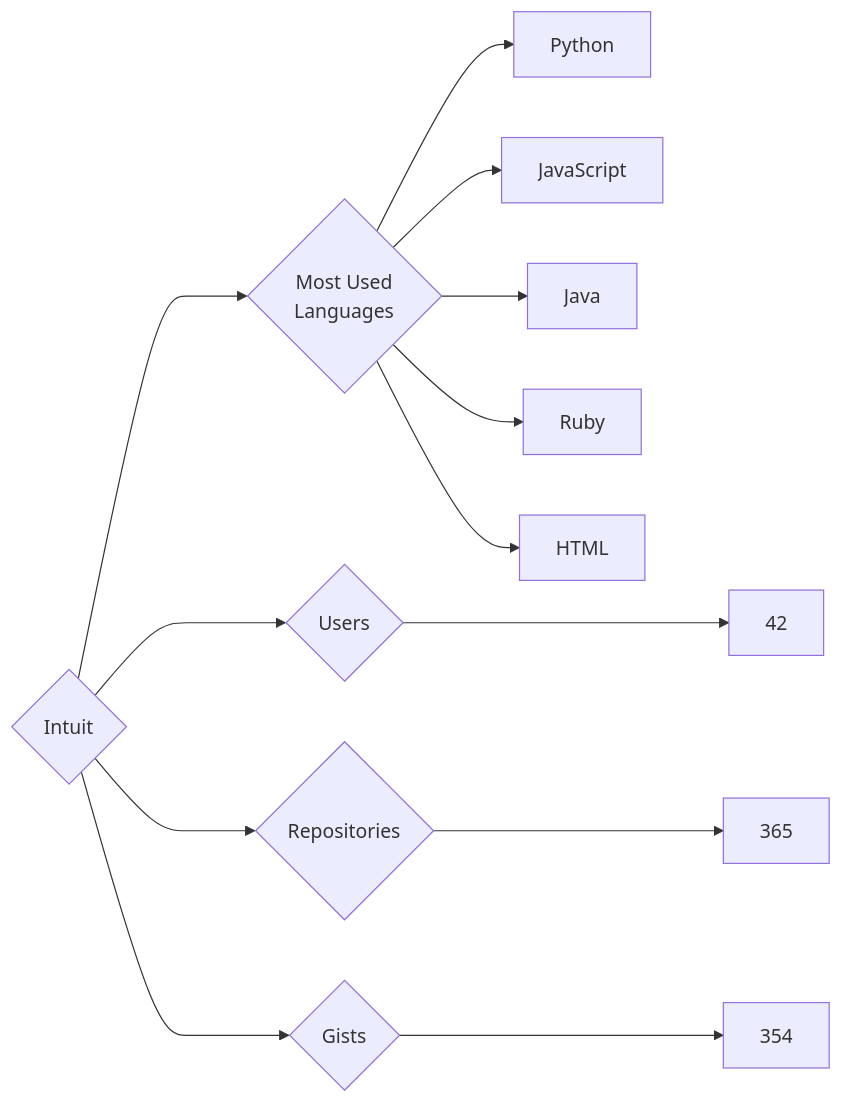
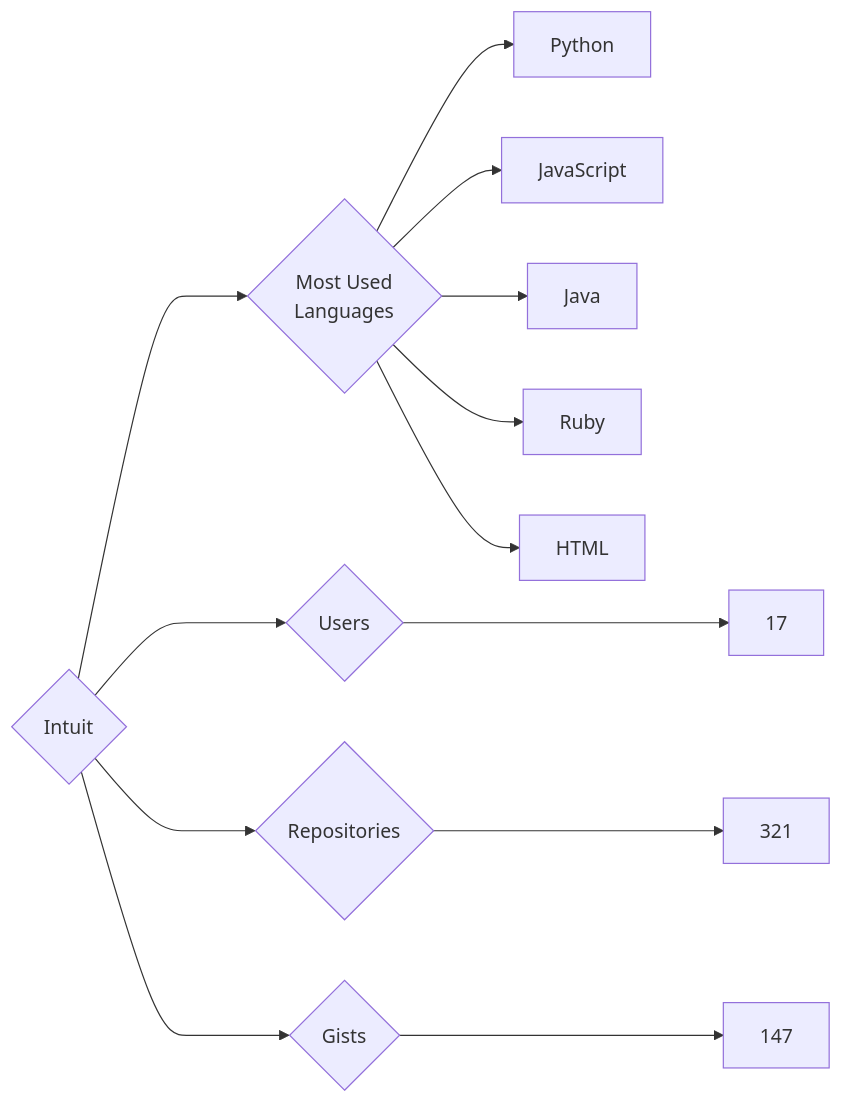
Before and after one commit to trickest/insiders: the diagram in targets/Intuit/README.md, drawn with Mermaid. The commit also changed 932 other files, not shown here.

````diff
--- a/targets/Intuit/README.md
+++ b/targets/Intuit/README.md
@@ -3,13 +3,13 @@
 ```mermaid
 graph LR
 COMPANY_NAME{Intuit}
-COMPANY_NAME ---> U{Users} ---> UN[42]
-COMPANY_NAME ---> R{Repositories} ---> RN[365]
-COMPANY_NAME ---> G{Gists} ---> GN[354]
+COMPANY_NAME ---> U{Users} ---> UN[17]
+COMPANY_NAME ---> R{Repositories} ---> RN[321]
+COMPANY_NAME ---> G{Gists} ---> GN[147]
 COMPANY_NAME ---> ML{Most Used<br>Languages}
 ML --> Python[Python]
 ML --> JavaScript[JavaScript]
 ML --> Java[Java]
 ML --> Ruby[Ruby]
 ML --> HTML[HTML]
 ```
````
